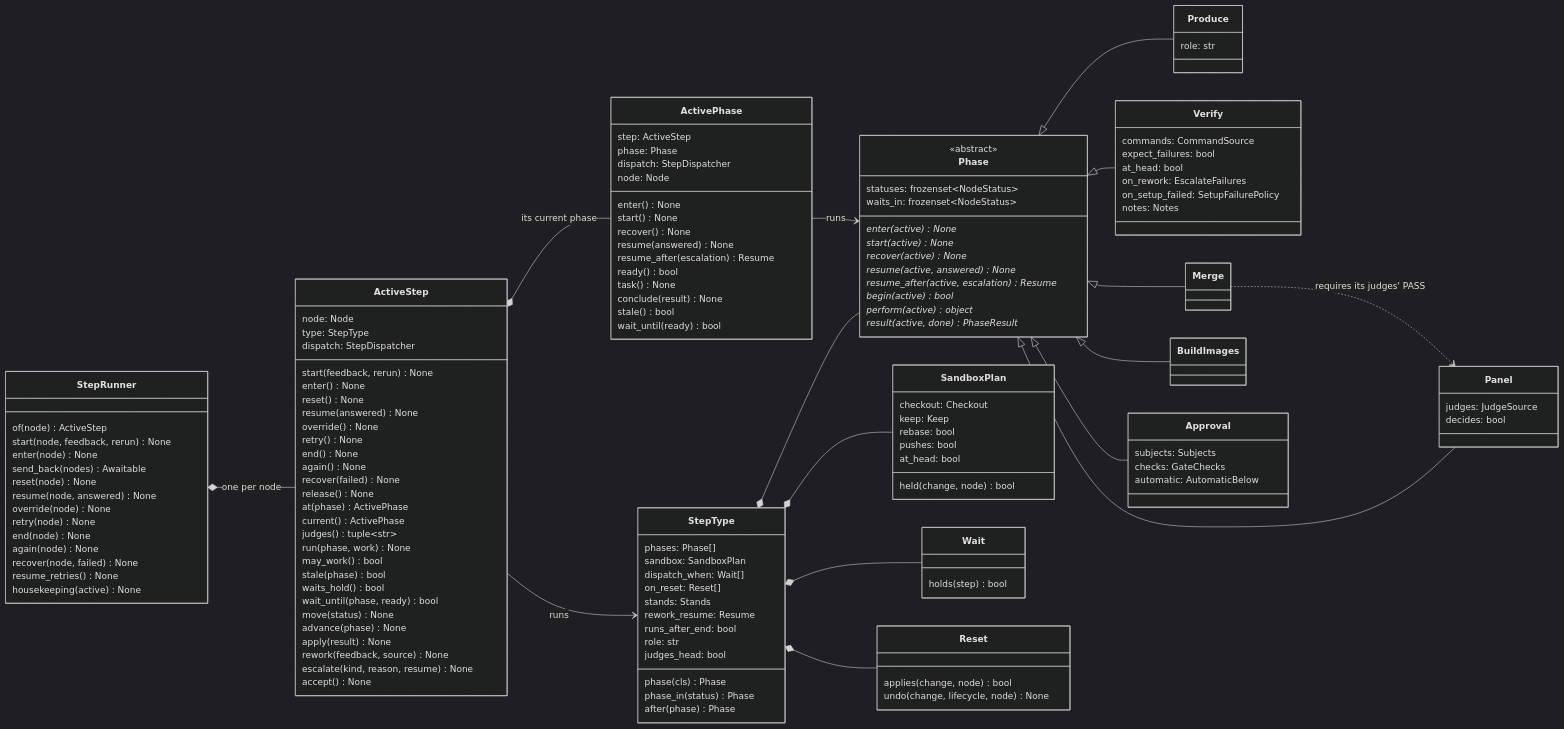
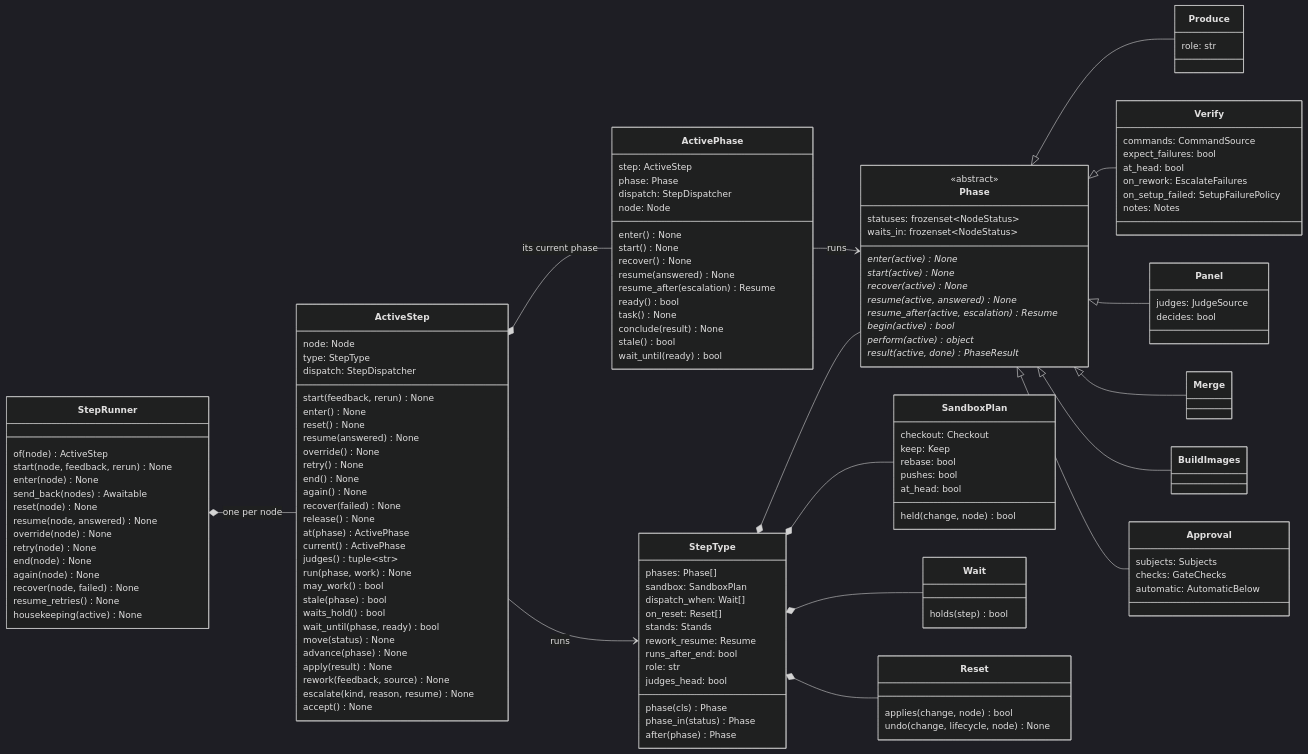
One commit to mr-miles/orchestrator changed the fourth of 6 diagrams in docs/architecture.md. Above: the diagram before and after it, drawn with Mermaid (dark theme).

Commit message:
The class diagram shows code relations only: no Merge-Panel arrow

```diff
--- a/docs/architecture.md
+++ b/docs/architecture.md
@@ -484,7 +484,6 @@
     StepType *-- Wait
     StepType *-- Reset
     Phase <|-- Produce
-    Merge ..> Panel : requires its judges' PASS
     Phase <|-- Verify
     Phase <|-- Panel
     Phase <|-- Merge
```
